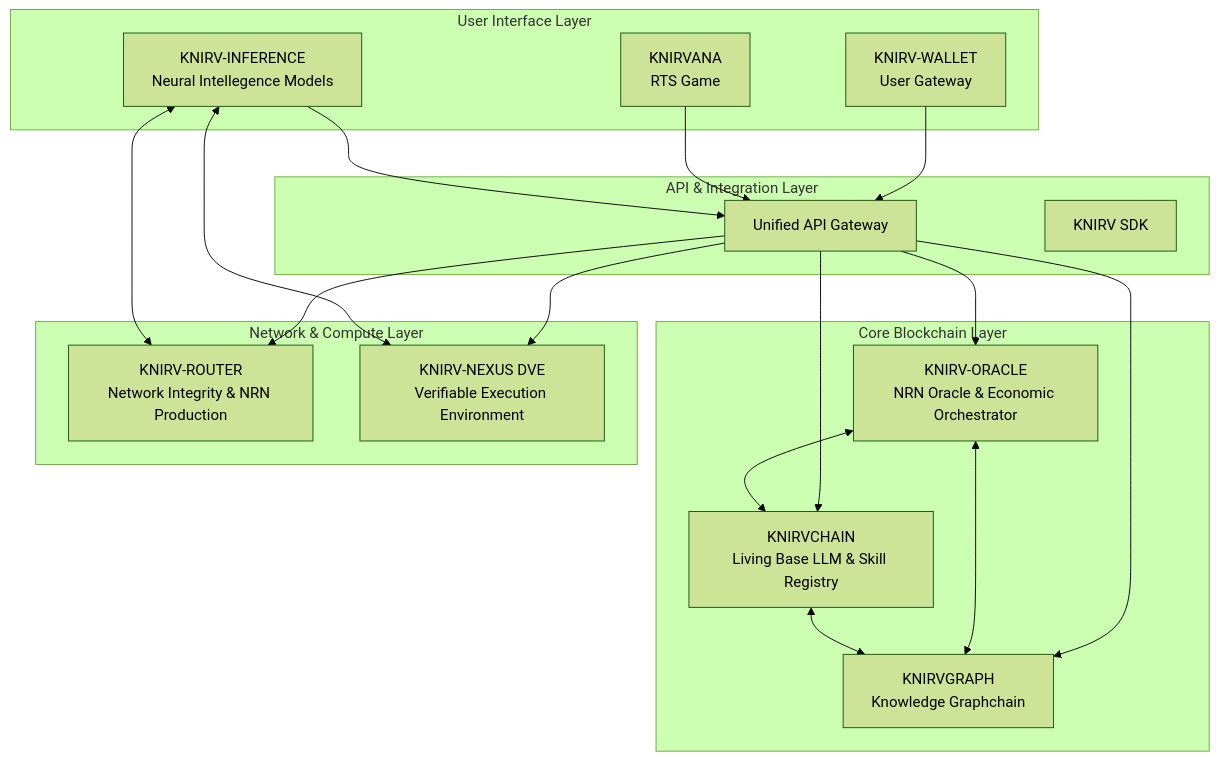
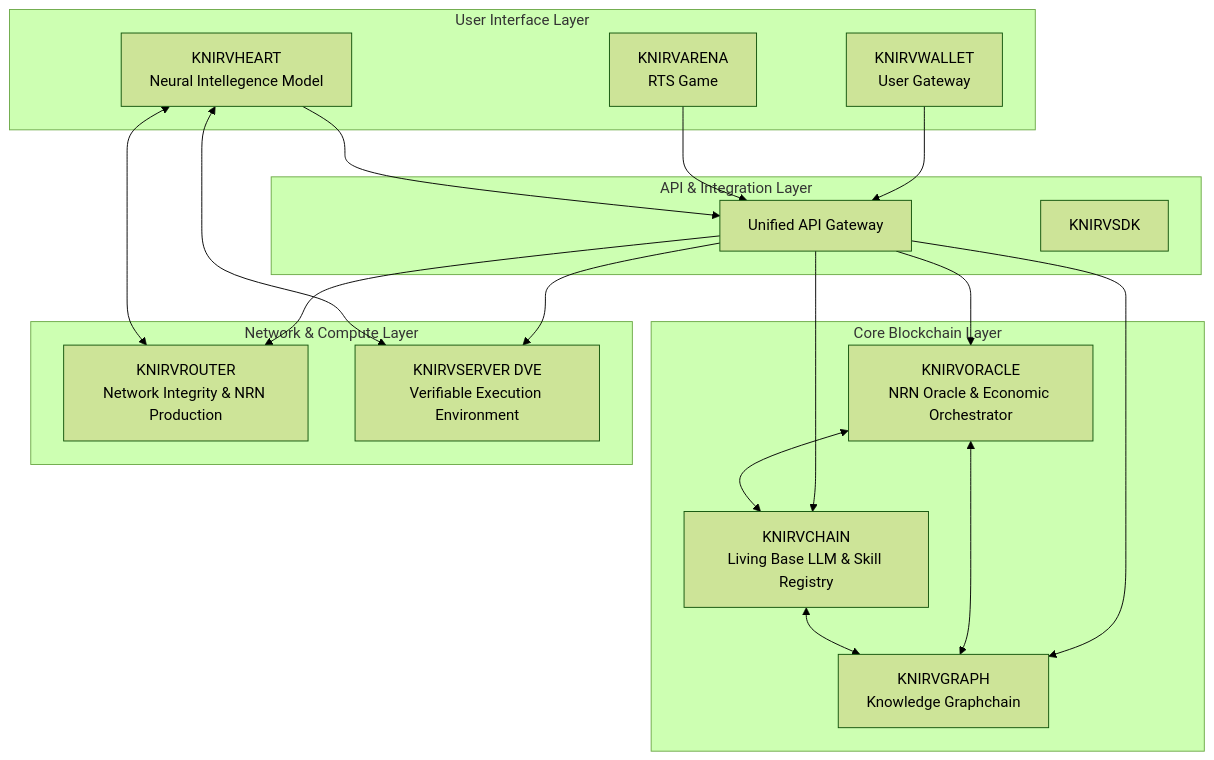
Before and after one commit to guiperry/KNIRV_NETWORK: the diagram in README.md, drawn with Mermaid (forest theme). The commit also changed other lines of this file and 116 other files, not shown here.

````diff
--- a/README.md
+++ b/README.md
@@ -46,38 +46,38 @@
 ```mermaid
 graph TB
     subgraph "User Interface Layer"
-        KW[KNIRV-WALLET<br/>User Gateway]
-        KN[KNIRVANA<br/>RTS Game]
-        KS[KNIRV-INFERENCE<br/>Neural Intellegence Models]
+        KW[KNIRVWALLET<br/>User Gateway]
+        KN[KNIRVARENA<br/>RTS Game]
+        KS[KNIRVHEART<br/>Neural Intellegence Model]
     end
     
     subgraph "API & Integration Layer"
         AG[Unified API Gateway]
-        SDK[KNIRV SDK]
+        SDK[KNIRVSDK]
     end
     
     subgraph "Core Blockchain Layer"
-        KR[KNIRV-ORACLE<br/>NRN Oracle & Economic Orchestrator]
+        KR[KNIRVORACLE<br/>NRN Oracle & Economic Orchestrator]
         KC[KNIRVCHAIN<br/>Living Base LLM & Skill Registry]
         KG[KNIRVGRAPH<br/>Knowledge Graphchain]
     end
     
     subgraph "Network & Compute Layer"
-        KROUTER[KNIRV-ROUTER<br/>Network Integrity & NRN Production]
-        KNEXUS[KNIRV-NEXUS DVE<br/>Verifiable Execution Environment]
+        KROUTER[KNIRVROUTER<br/>Network Integrity & NRN Production]
+        KSERVER[KNIRVSERVER DVE<br/>Verifiable Execution Environment]
     end
     
     KW --> AG
     KN --> AG
     KS --> AG
     AG --> KR
     AG --> KC
     AG --> KG
     AG --> KROUTER
-    AG --> KNEXUS
+    AG --> KSERVER
     KR <--> KC
     KR <--> KG
     KC <--> KG
-    KS <--> KNEXUS
+    KS <--> KSERVER
     KS <--> KROUTER
 ```
````
